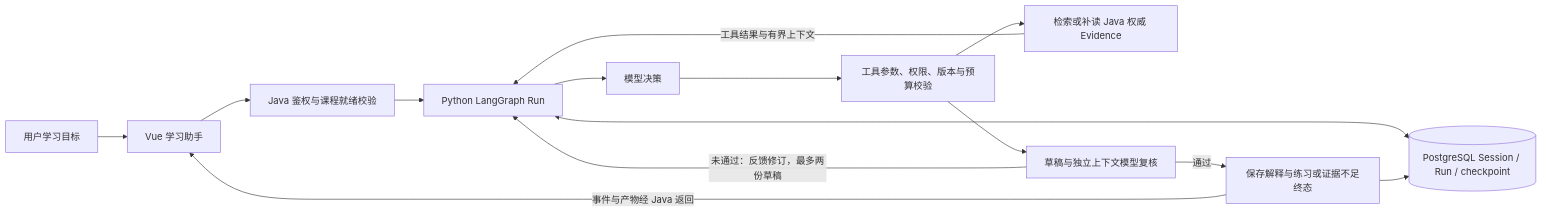
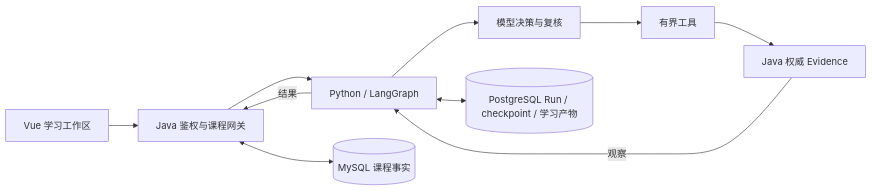
The diagram in README.md (a27497/lecturelens), drawn with Mermaid before and after one commit. The commit also changed other lines of this file and 3 other files, not shown here.

Commit message:
docs: finalize job-search overview and current architecture

````diff
--- a/README.md
+++ b/README.md
@@ -175,16 +13,12 @@
 ```mermaid
 flowchart LR
-    U[用户学习目标] --> W[Vue 学习助手]
-    W --> J[Java 鉴权与课程就绪校验]
-    J --> P[Python LangGraph Run]
-    P --> M[模型决策]
-    M --> T[工具参数、权限、版本与预算校验]
-    T --> E[检索或补读 Java 权威 Evidence]
-    E -->|工具结果与有界上下文| P
-    T --> R[草稿与独立上下文模型复核]
-    R -->|未通过：反馈修订，最多两份草稿| P
-    R -->|通过| A[保存解释与练习或证据不足终态]
-    P <--> D[(PostgreSQL Session / Run / checkpoint)]
-    A --> D
-    A -->|事件与产物经 Java 返回| W
+    U[Vue 学习工作区] --> J[Java 鉴权与课程网关]
+    J --> P[Python / LangGraph]
+    P --> M[模型决策与复核]
+    M --> T[有界工具]
+    T --> E[Java 权威 Evidence]
+    E -->|观察| P
+    P <--> D[(PostgreSQL Run / checkpoint / 学习产物)]
+    J <--> B[(MySQL 课程事实)]
+    P -->|结果| J
 ```
````
